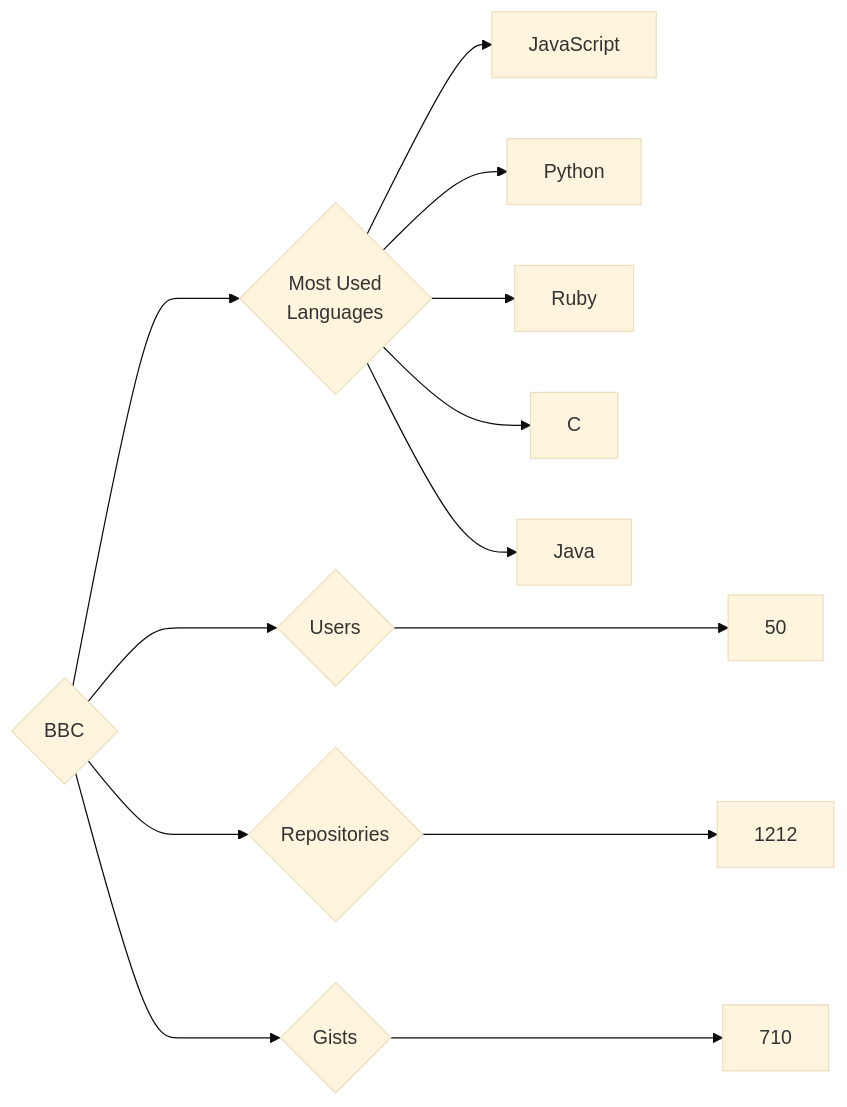
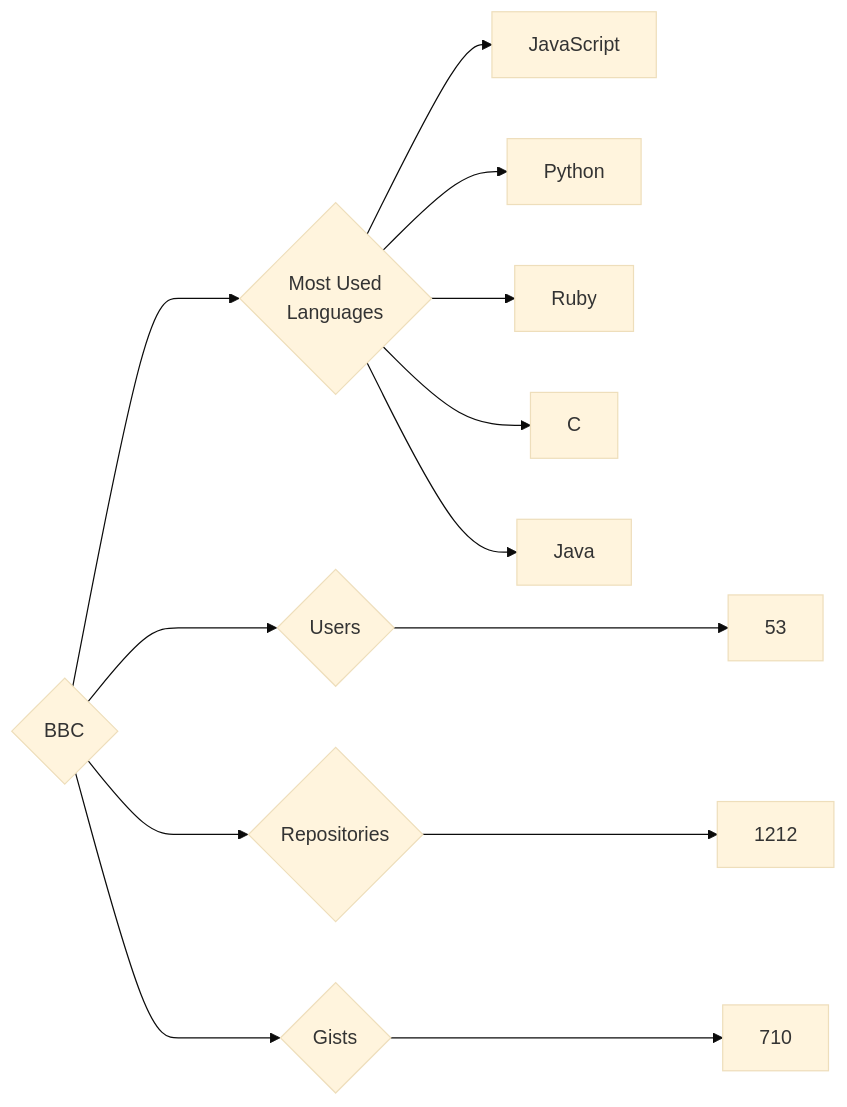
One commit to trickest/insiders changed the diagram in targets/BBC/README.md. Above: the diagram before and after it, drawn with Mermaid (base theme). The commit also changed 553 other files, not shown here.

````diff
--- a/targets/BBC/README.md
+++ b/targets/BBC/README.md
@@ -3,13 +3,13 @@
 ```mermaid
 graph LR
 COMPANY_NAME{BBC}
-COMPANY_NAME ---> U{Users} ---> UN[50]
+COMPANY_NAME ---> U{Users} ---> UN[53]
 COMPANY_NAME ---> R{Repositories} ---> RN[1212]
 COMPANY_NAME ---> G{Gists} ---> GN[710]
 COMPANY_NAME ---> ML{Most Used<br>Languages}
 ML --> JavaScript[JavaScript]
 ML --> Python[Python]
 ML --> Ruby[Ruby]
 ML --> C[C]
 ML --> Java[Java]
 ```
````
